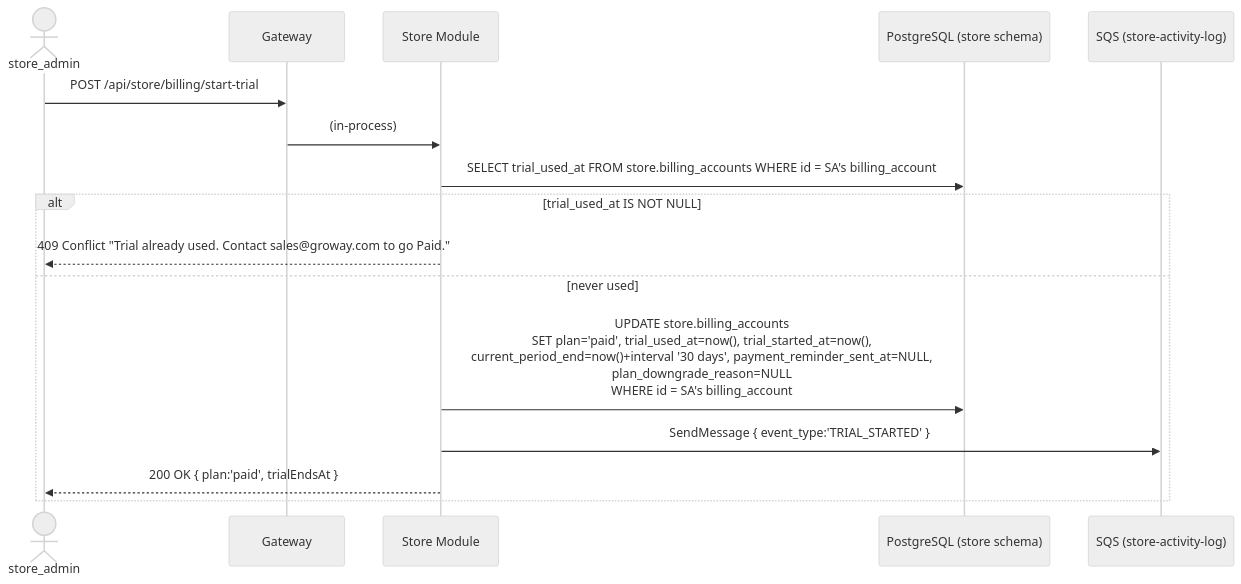
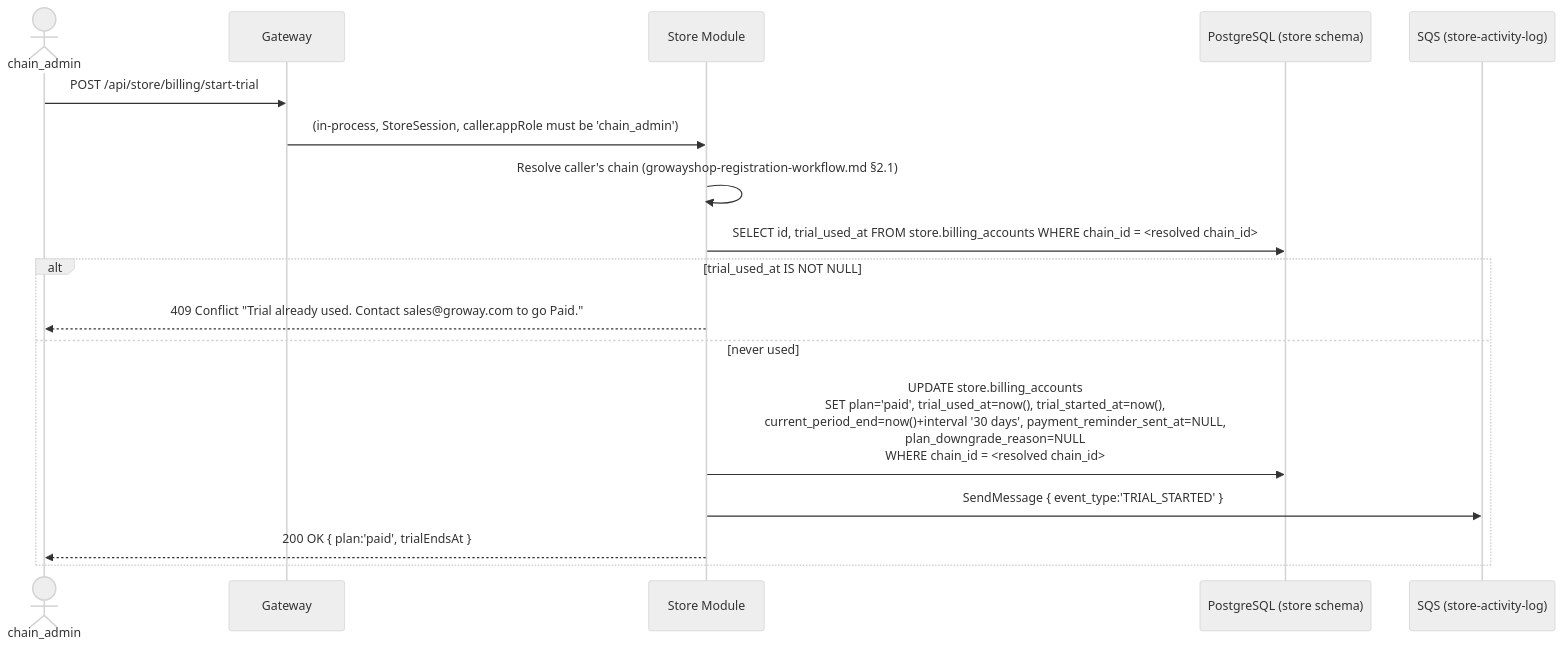
One commit to szhanggit/appointmentsystemdesign changed the first of 6 diagrams in usercasestudy/groway-billing-workflow.md. Above: the diagram before and after it, drawn with Mermaid (neutral theme). The commit also changed other lines of this file and 6 other files, not shown here.

````diff
--- a/usercasestudy/groway-billing-workflow.md
+++ b/usercasestudy/groway-billing-workflow.md
@@ -44,19 +44,20 @@
 ```mermaid
 sequenceDiagram
-    actor SA as store_admin
+    actor CA as chain_admin
     participant GW as Gateway
     participant SM as Store Module
     participant DB as PostgreSQL (store schema)
     participant SQSQ as SQS (store-activity-log)
 
-    SA->>GW: POST /api/store/billing/start-trial
-    GW->>SM: (in-process)
-    SM->>DB: SELECT trial_used_at FROM store.billing_accounts WHERE id = SA's billing_account
+    CA->>GW: POST /api/store/billing/start-trial
+    GW->>SM: (in-process, StoreSession, caller.appRole must be 'chain_admin')
+    SM->>SM: Resolve caller's chain (growayshop-registration-workflow.md §2.1)
+    SM->>DB: SELECT id, trial_used_at FROM store.billing_accounts WHERE chain_id = <resolved chain_id>
     alt trial_used_at IS NOT NULL
-        SM-->>SA: 409 Conflict "Trial already used. Contact sales@groway.com to go Paid."
+        SM-->>CA: 409 Conflict "Trial already used. Contact sales@groway.com to go Paid."
     else never used
-        SM->>DB: UPDATE store.billing_accounts<br/>SET plan='paid', trial_used_at=now(), trial_started_at=now(),<br/>current_period_end=now()+interval '30 days', payment_reminder_sent_at=NULL,<br/>plan_downgrade_reason=NULL<br/>WHERE id = SA's billing_account
+        SM->>DB: UPDATE store.billing_accounts<br/>SET plan='paid', trial_used_at=now(), trial_started_at=now(),<br/>current_period_end=now()+interval '30 days', payment_reminder_sent_at=NULL,<br/>plan_downgrade_reason=NULL<br/>WHERE chain_id = <resolved chain_id>
         SM->>SQSQ: SendMessage { event_type:'TRIAL_STARTED' }
-        SM-->>SA: 200 OK { plan:'paid', trialEndsAt }
+        SM-->>CA: 200 OK { plan:'paid', trialEndsAt }
     end
 ```
````
